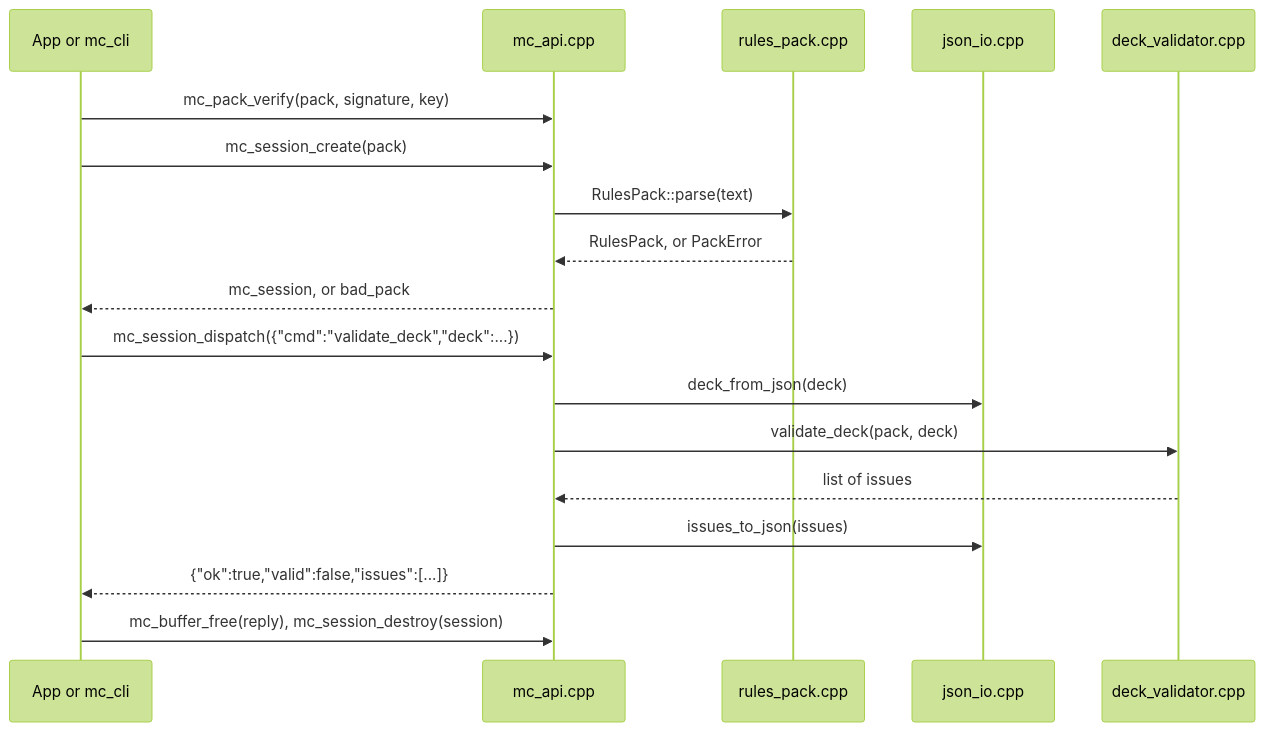
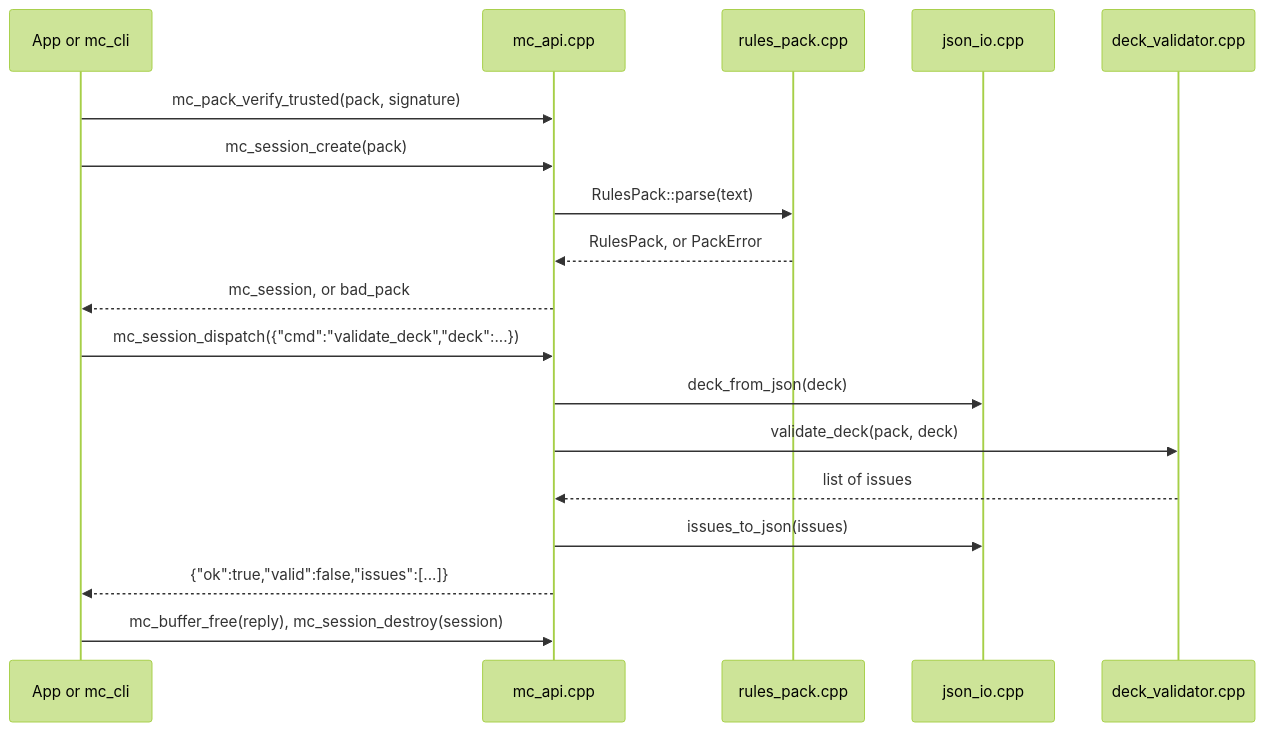
One commit to Daniel-MarMil/malediction-companion changed the diagram in docs/code-tour.md. Above: the diagram before and after it, drawn with Mermaid (forest theme). The commit also changed other lines of this file and 34 other files, not shown here.

First line of the commit message:
Add mc_pack_tool and the trusted keys of the core

````diff
--- a/docs/code-tour.md
+++ b/docs/code-tour.md
@@ -59,20 +63,20 @@
 ```mermaid
 sequenceDiagram
     participant App as App or mc_cli
     participant API as mc_api.cpp
     participant Pack as rules_pack.cpp
     participant IO as json_io.cpp
     participant Val as deck_validator.cpp
-    App->>API: mc_pack_verify(pack, signature, key)
+    App->>API: mc_pack_verify_trusted(pack, signature)
     App->>API: mc_session_create(pack)
     API->>Pack: RulesPack::parse(text)
     Pack-->>API: RulesPack, or PackError
     API-->>App: mc_session, or bad_pack
     App->>API: mc_session_dispatch({"cmd":"validate_deck","deck":...})
     API->>IO: deck_from_json(deck)
     API->>Val: validate_deck(pack, deck)
     Val-->>API: list of issues
     API->>IO: issues_to_json(issues)
     API-->>App: {"ok":true,"valid":false,"issues":[...]}
     App->>API: mc_buffer_free(reply), mc_session_destroy(session)
 ```
````
